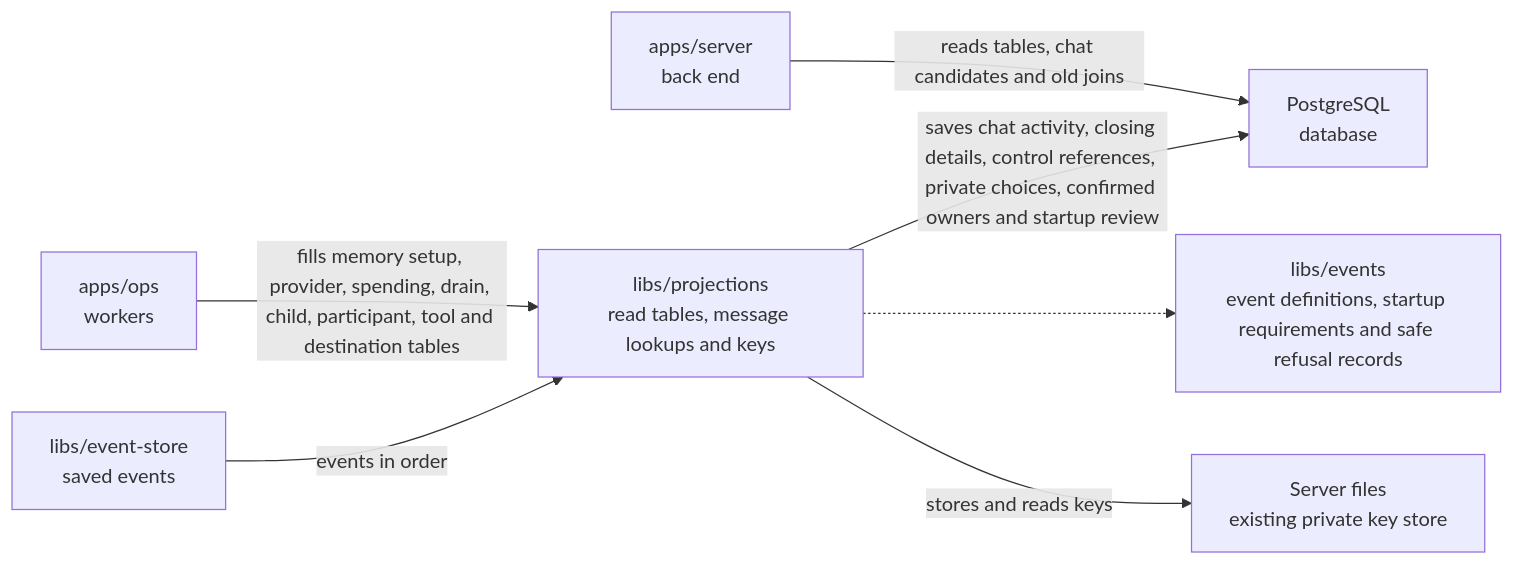
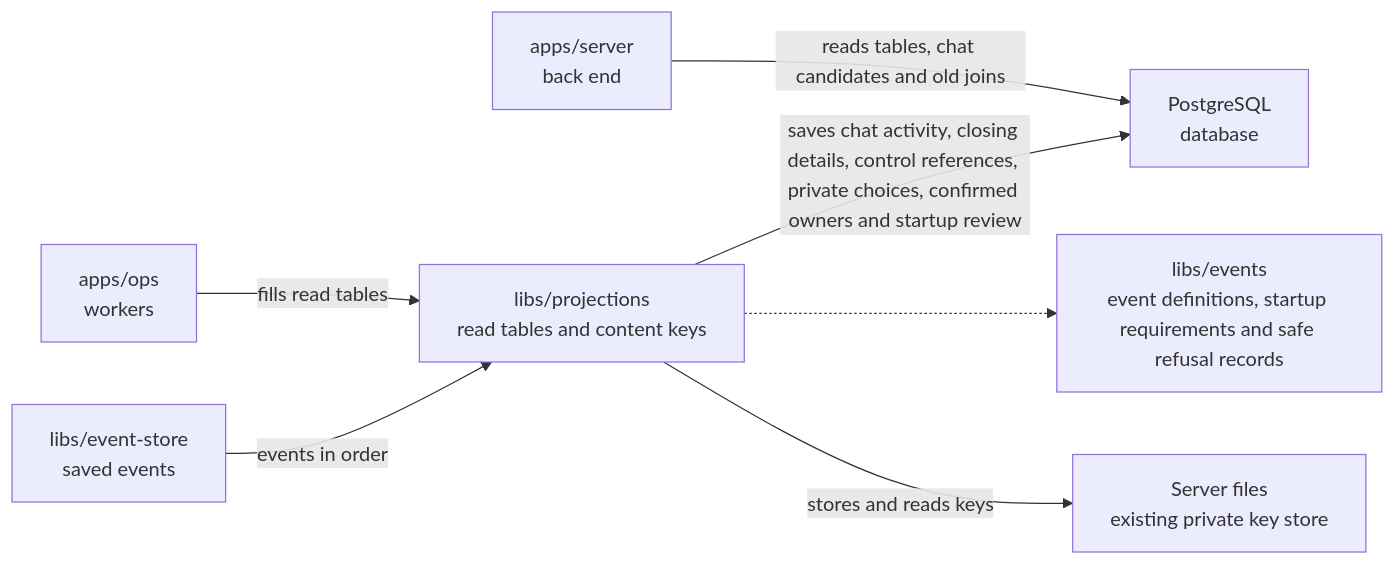
Before and after one commit to elewa-git/opencrane-new: the diagram in libs/projections/README.md, drawn with Mermaid.

Commit message:
📚 Keep current package contracts alongside dated tool catalogue rules

````diff
--- a/libs/projections/README.md
+++ b/libs/projections/README.md
@@ -23,9 +23,9 @@
 ```mermaid
 flowchart LR
-  ops["apps/ops<br/>workers"] -->|fills memory setup, provider, spending, drain, child, participant, tool and destination tables| projections["libs/projections<br/>read tables, message lookups and keys"]
+  ops["apps/ops<br/>workers"] -->|fills read tables| projections["libs/projections<br/>read tables and content keys"]
   server["apps/server<br/>back end"] -->|reads tables, chat candidates and old joins| pg["PostgreSQL<br/>database"]
   projections -->|saves chat activity, closing details, control references, private choices, confirmed owners and startup review| pg
   store["libs/event-store<br/>saved events"] -->|events in order| projections
   projections -.-> events["libs/events<br/>event definitions, startup requirements and safe refusal records"]
   projections -->|stores and reads keys| keys["Server files<br/>existing private key store"]
 ```
````
